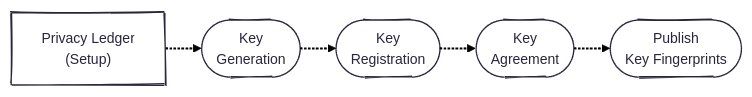
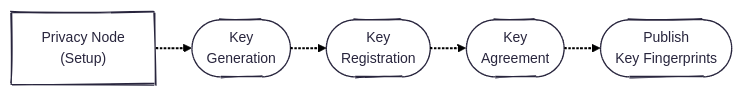
The third of 7 diagrams in enygma_payments/README.md (raylsnetwork/Enygma), drawn with Mermaid before and after one commit. The commit also changed other lines of this file, not shown here.

Commit message:
Update README to replace 'Privacy Ledger' with 'Privacy Node'

````diff
--- a/enygma_payments/README.md
+++ b/enygma_payments/README.md
@@ -76,18 +76,18 @@
 ```mermaid
 ---
 config:
   theme: redux
   layout: elk
   look: handDrawn
 ---
 flowchart LR
 
     %% PL (Setup)
-    pl_setup["Privacy Ledger<br>(Setup)"]
+    pl_setup["Privacy Node<br>(Setup)"]
     keygen(["Key<br>Generation"])
     register(["Key<br>Registration"])
     kem(["Key<br>Agreement"])
     publish(["Publish<br>Key Fingerprints"])
 
     pl_setup -.-> keygen -.-> register -.-> kem -.-> publish
 ```
````
